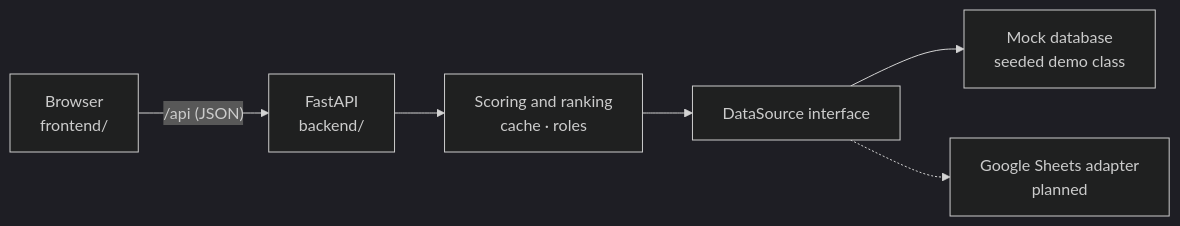
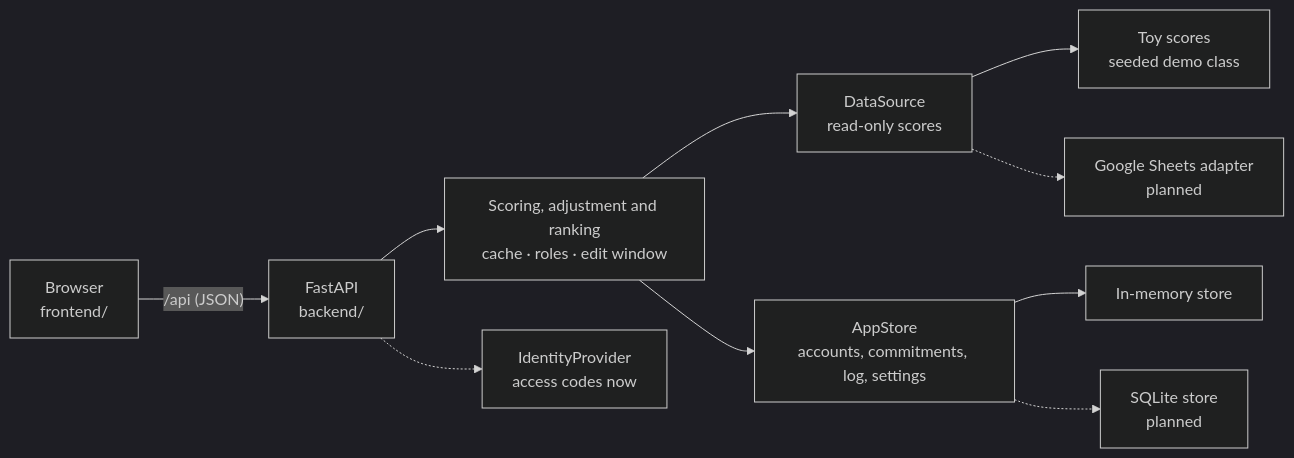
Before and after one commit to educatorsRlearners/league-table: the diagram in README.md, drawn with Mermaid (dark theme). The commit also changed other lines of this file and 3 other files, not shown here.

First line of the commit message:
Feature: Add the student and instructor screens for commitments, approvals and settings

````diff
--- a/README.md
+++ b/README.md
@@ -46,8 +49,12 @@
 ```mermaid
 flowchart LR
   UI["Browser<br/>frontend/"] -->|"/api (JSON)"| API["FastAPI<br/>backend/"]
-  API --> S["Scoring and ranking<br/>cache · roles"]
-  S --> DS["DataSource interface"]
-  DS --> M["Mock database<br/>seeded demo class"]
+  API --> S["Scoring, adjustment and ranking<br/>cache · roles · edit window"]
+  S --> DS["DataSource<br/>read-only scores"]
+  S --> AS["AppStore<br/>accounts, commitments, log, settings"]
+  DS --> M["Toy scores<br/>seeded demo class"]
   DS -.-> G["Google Sheets adapter<br/>planned"]
+  AS --> MEM["In-memory store"]
+  AS -.-> SQ["SQLite store<br/>planned"]
+  API -.-> ID["IdentityProvider<br/>access codes now"]
 ```
````
